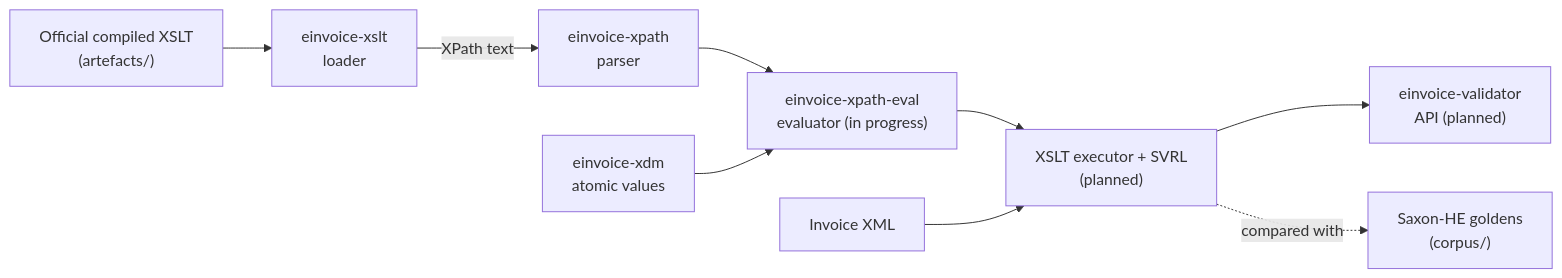
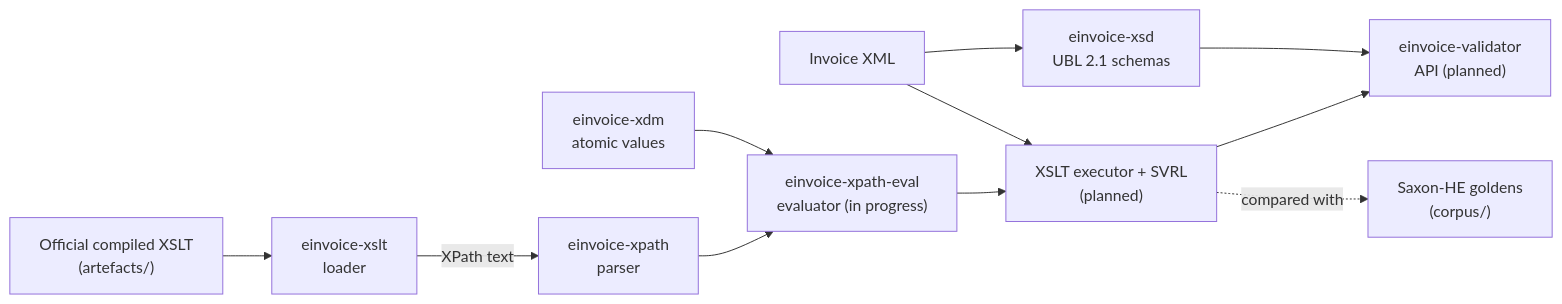
Before and after one commit to einvoice-validator/einvoice-validator: the diagram in README.md, drawn with Mermaid. The commit also changed other lines of this file and 1 other file, not shown here.

First line of the commit message:
Describe einvoice-xsd and the UBL 2.1 schemas in the README

````diff
--- a/README.md
+++ b/README.md
@@ -66,11 +67,13 @@
 ```mermaid
 flowchart LR
     xslt["Official compiled XSLT<br/>(artefacts/)"] --> loader["einvoice-xslt<br/>loader"]
     loader -->|XPath text| parser["einvoice-xpath<br/>parser"]
     parser --> eval["einvoice-xpath-eval<br/>evaluator (in progress)"]
     xdm["einvoice-xdm<br/>atomic values"] --> eval
     eval --> exec["XSLT executor + SVRL<br/>(planned)"]
     invoice["Invoice XML"] --> exec
     exec --> api["einvoice-validator<br/>API (planned)"]
+    invoice --> xsd["einvoice-xsd<br/>UBL 2.1 schemas"]
+    xsd --> api
     exec -.->|compared with| golden["Saxon-HE goldens<br/>(corpus/)"]
 ```
````
